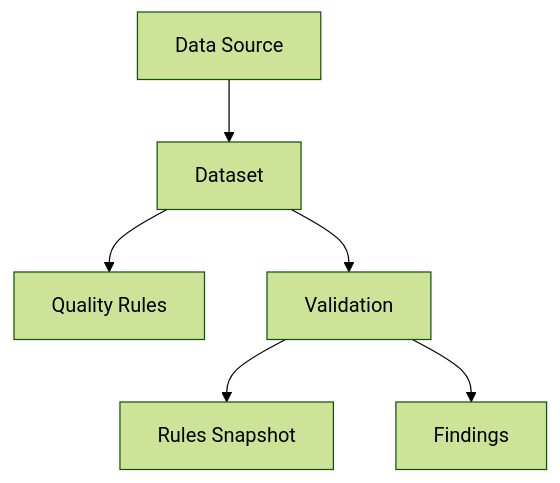
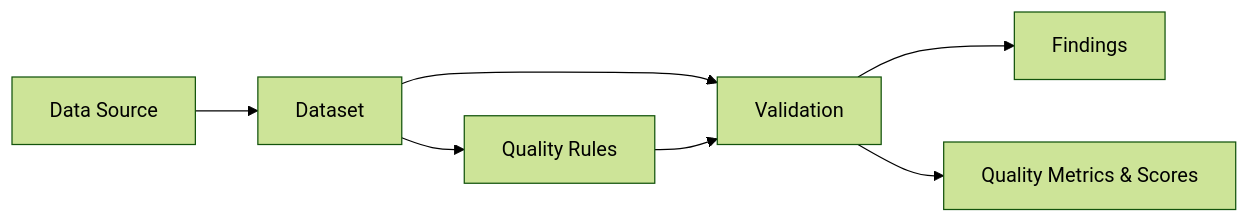
One commit to regisx001/Data-Quality-Platform changed the second of 2 diagrams in README.md. Above: the diagram before and after it, drawn with Mermaid (forest theme). The commit also changed other lines of this file, not shown here.

````diff
--- a/README.md
+++ b/README.md
@@ -82,8 +97,9 @@
 ```mermaid
-graph TD
+graph LR
     DS[Data Source] --> D[Dataset]
     D --> QR[Quality Rules]
     D --> V[Validation]
-    V --> RS[Rules Snapshot]
+    QR --> V
     V --> F[Findings]
+    V --> M[Quality Metrics & Scores]
 ```
````
